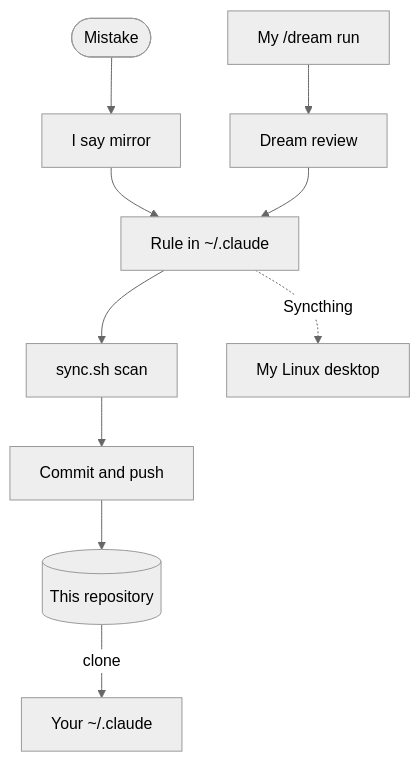
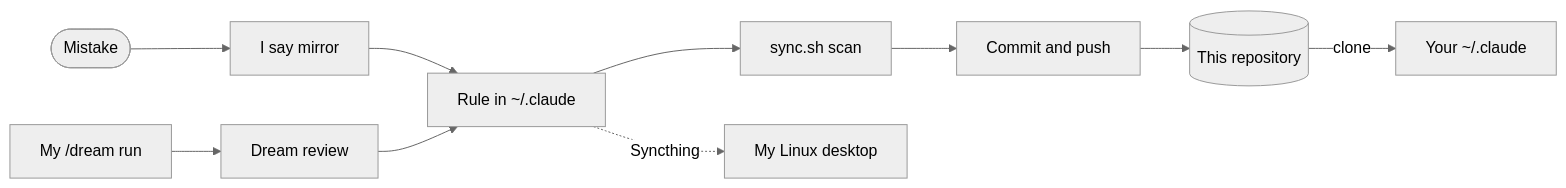
The second of 2 diagrams in docs/how-it-works.md (zululima/dotclaude), drawn with Mermaid (neutral theme) before and after one commit. The commit also changed other lines of this file and 1 other file, not shown here.

First line of the commit message:
Lay out the graphs in how-it-works.md to fit a screen

````diff
--- a/docs/how-it-works.md
+++ b/docs/how-it-works.md
@@ -59,19 +56,19 @@
 ```mermaid
-flowchart TD
+flowchart LR
   slip(["Mistake"])
   sayMirror["I say mirror"]
   dreamRun["My /dream run"]
   dreamReview["Dream review"]
   rule["Rule in ~/.claude"]
   syncSh["sync.sh scan"]
   commitPush["Commit and push"]
   repo[("This repository")]
   desktop["My Linux desktop"]
   yourCopy["Your ~/.claude"]
 
   slip --> sayMirror --> rule
   dreamRun --> dreamReview --> rule
   rule --> syncSh --> commitPush --> repo
   rule -.->|Syncthing| desktop
   repo -->|clone| yourCopy
 ```
````
